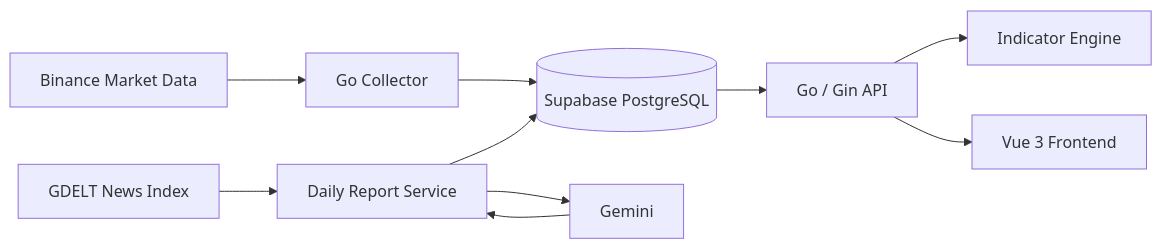
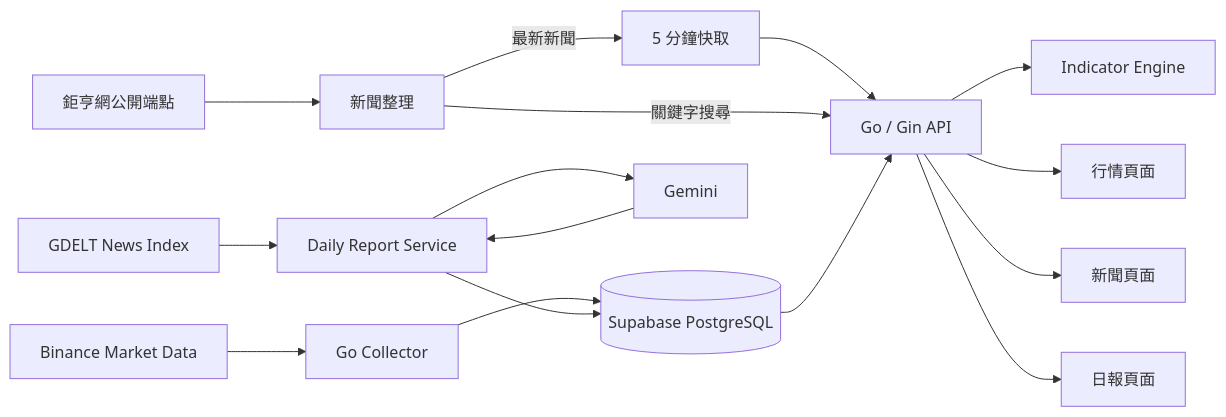
The diagram in README.md (yoo4436/gofin-tracker), drawn with Mermaid before and after one commit. The commit also changed other lines of this file, not shown here.

Commit message:
feat: 更新 README.md，調整功能描述與系統架構圖

````diff
--- a/README.md
+++ b/README.md
@@ -22,14 +22,21 @@
 ```mermaid
 flowchart LR
     BINANCE["Binance Market Data"] --> COLLECTOR["Go Collector"]
     COLLECTOR --> DB[("Supabase PostgreSQL")]
+
+    CNYES["鉅亨網公開端點"] --> NEWS["新聞整理"]
+    NEWS -->|最新新聞| CACHE["5 分鐘快取"]
+    CACHE --> API["Go / Gin API"]
+    NEWS -->|關鍵字搜尋| API
 
     GDELT["GDELT News Index"] --> REPORT["Daily Report Service"]
     REPORT --> GEMINI["Gemini"]
     GEMINI --> REPORT
     REPORT --> DB
 
-    DB --> API["Go / Gin API"]
+    DB --> API
     API --> INDICATORS["Indicator Engine"]
-    API --> FRONTEND["Vue 3 Frontend"]
+    API --> DASHBOARD["行情頁面"]
+    API --> NEWSPAGE["新聞頁面"]
+    API --> REPORTPAGE["日報頁面"]
 ```
````
